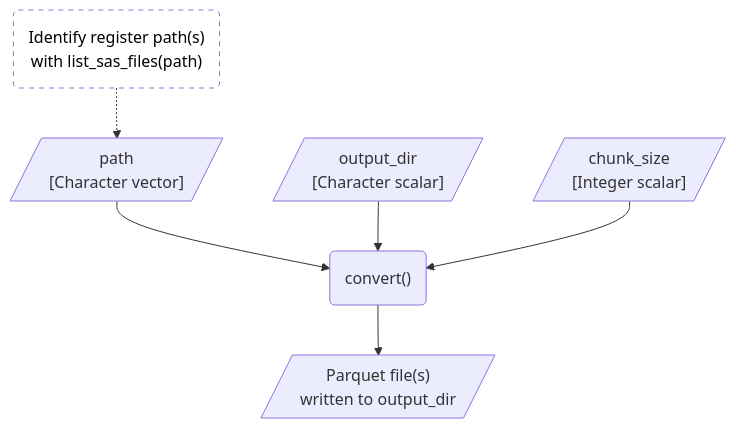
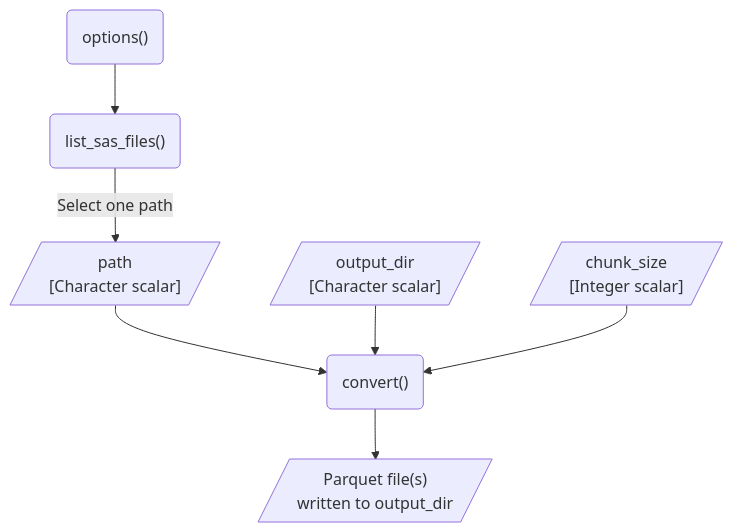
Before and after one commit to dp-next/registers2parquet: the first of 3 diagrams in vignettes/design.qmd, drawn with Mermaid. The commit also changed other lines of this file, not shown here.

First line of the commit message:
docs: :building_construction: expand on `read_*()` and `list_*()` in design (#237)

````diff
--- a/vignettes/design.qmd
+++ b/vignettes/design.qmd
@@ -70,20 +90,18 @@
 ```{mermaid}
 %%| label: fig-flow
-%%| fig-cap: "Expected workflow for converting one SAS file using `convert()`."
-%%| fig-alt: "A flowchart showing the expected flow of converting register SAS files to Parquet files."
+%%| fig-cap: "Expected workflow for converting one SAS file from a single register using `convert()`."
+%%| fig-alt: "A flowchart showing the expected flow of converting one SAS file to a Parquet file."
 flowchart TD
-    identify_paths("Identify register path(s)<br>with list_sas_files(path)")
-    path[/"path<br>[Character vector]"/]
+    opts_project_dir("options()")
+    list_sas_files("list_sas_files()")
+    path[/"path<br>[Character scalar]"/]
     output_dir[/"output_dir<br>[Character scalar]"/]
     chunk_size[/"chunk_size<br>[Integer scalar]"/]
     convert("convert()")
     output[/"Parquet file(s)<br>written to output_dir"/]
 
     %% Edges
-    identify_paths -.-> path --> convert
+    opts_project_dir --> list_sas_files -->|Select one path| path --> convert
     output_dir & chunk_size --> convert
     convert --> output
-
-    %% Style
-    style identify_paths fill:#FFFFFF, color:#000000, stroke-dasharray: 5 5
 ```
````
